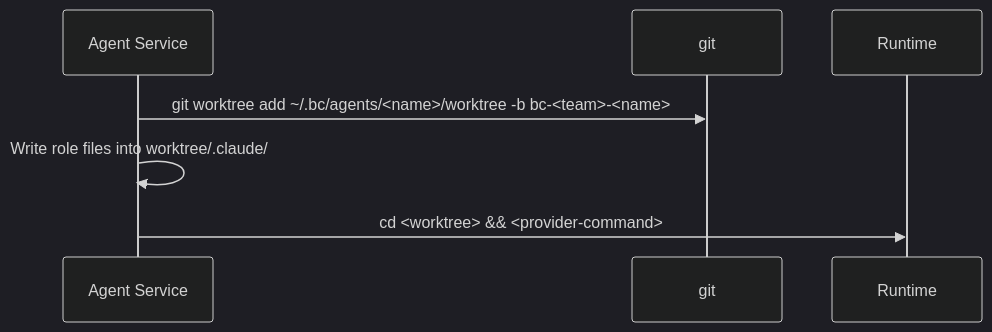
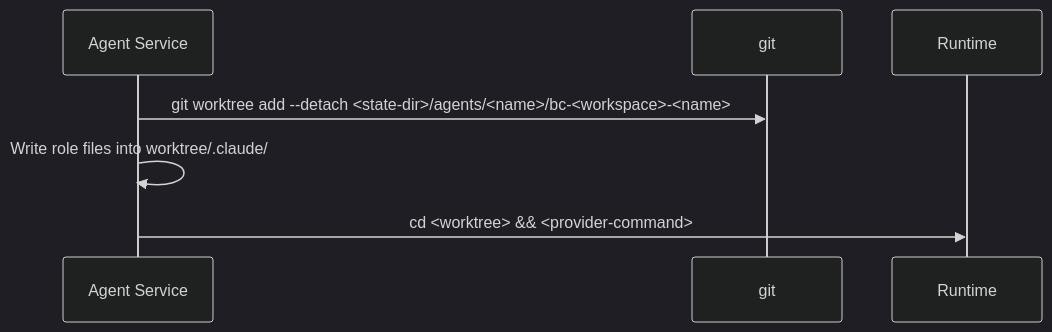
The second of 3 diagrams in docs/explanation/agents.md (rpuneet/bc), drawn with Mermaid (dark theme) before and after one commit. The commit also changed other lines of this file and 6 other files, not shown here.

First line of the commit message:
docs(architecture): accuracy pass over security, networking, agents, ADRs, ci-cd, overview, notifications (#3251 part B)

````diff
--- a/docs/explanation/agents.md
+++ b/docs/explanation/agents.md
@@ -82,10 +90,10 @@
 ```mermaid
 sequenceDiagram
     participant Svc as Agent Service
     participant Git as git
     participant RT as Runtime
 
-    Svc->>Git: git worktree add ~/.bc/agents/<name>/worktree -b bc-<team>-<name>
+    Svc->>Git: git worktree add --detach <state-dir>/agents/<name>/bc-<workspace>-<name>
     Svc->>Svc: Write role files into worktree/.claude/
     Svc->>RT: cd <worktree> && <provider-command>
 ```
````
